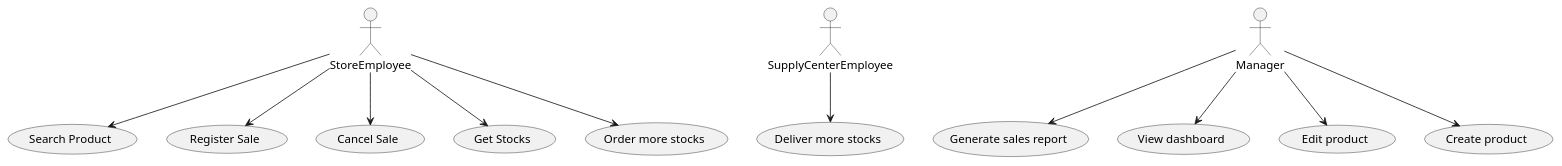
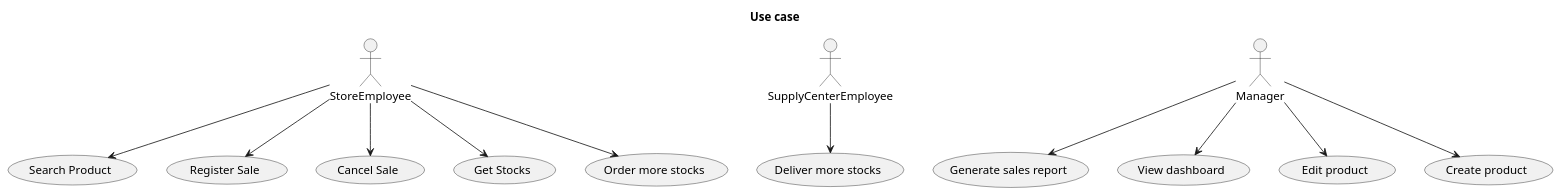
Before and after one commit to ThePhobosDeimosSuite/laboratoire-0_log430: the diagram in docs/UML/use_case.puml, drawn with PlantUML. The commit also changed 15 other files, not shown here.

```diff
--- a/docs/UML/use_case.puml
+++ b/docs/UML/use_case.puml
@@ -1,29 +1,30 @@
 @startuml use_case
+title Use case
 actor StoreEmployee
 actor SupplyCenterEmployee
 actor Manager
 
 usecase "Search Product" as UC1
 usecase "Register Sale" as UC2
 usecase "Cancel Sale" as UC3
 usecase "Get Stocks" as UC4
 usecase "Order more stocks" as UC5
 
 usecase "Deliver more stocks" as UC6
 
 usecase "Generate sales report" as UC7
 usecase "View dashboard" as UC8
 usecase "Edit product" as UC9
 usecase "Create product" as UC10
 
 StoreEmployee --> UC1
 StoreEmployee --> UC2
 StoreEmployee --> UC3
 StoreEmployee --> UC4
 StoreEmployee --> UC5
 SupplyCenterEmployee --> UC6
 Manager --> UC7
 Manager --> UC8
 Manager --> UC9
 Manager --> UC10
 @enduml
```
